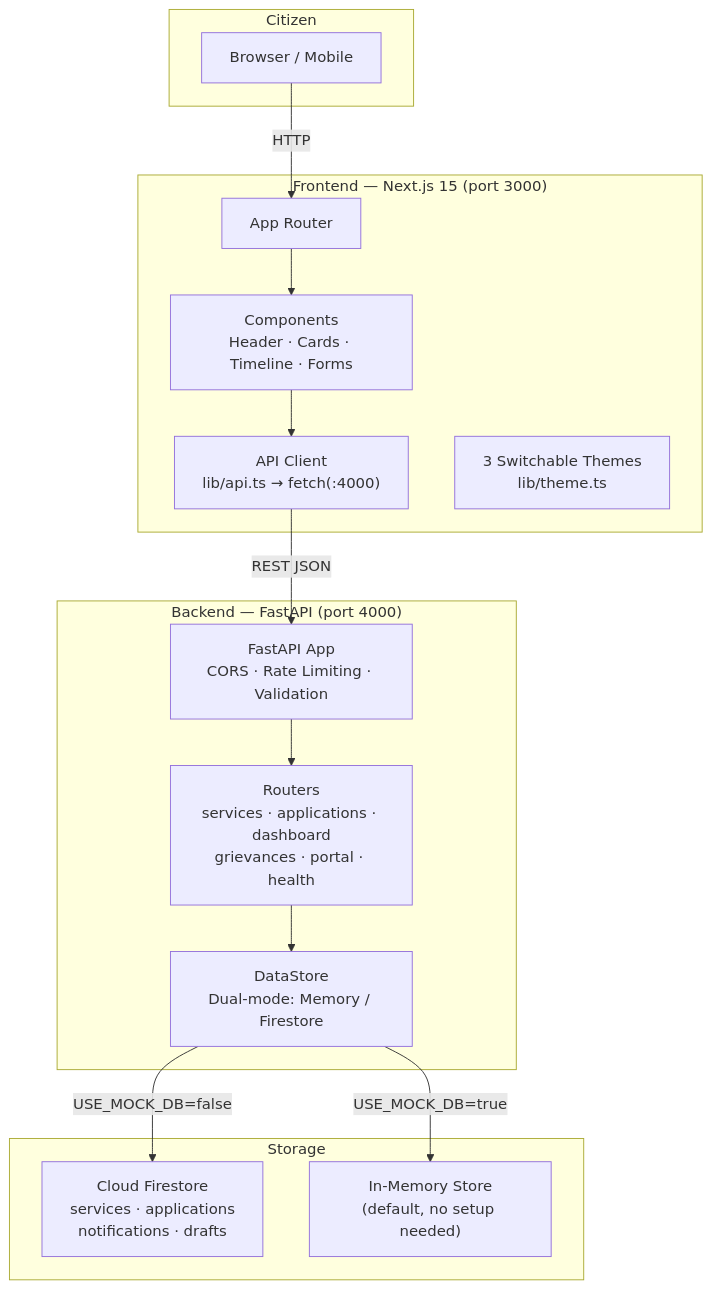
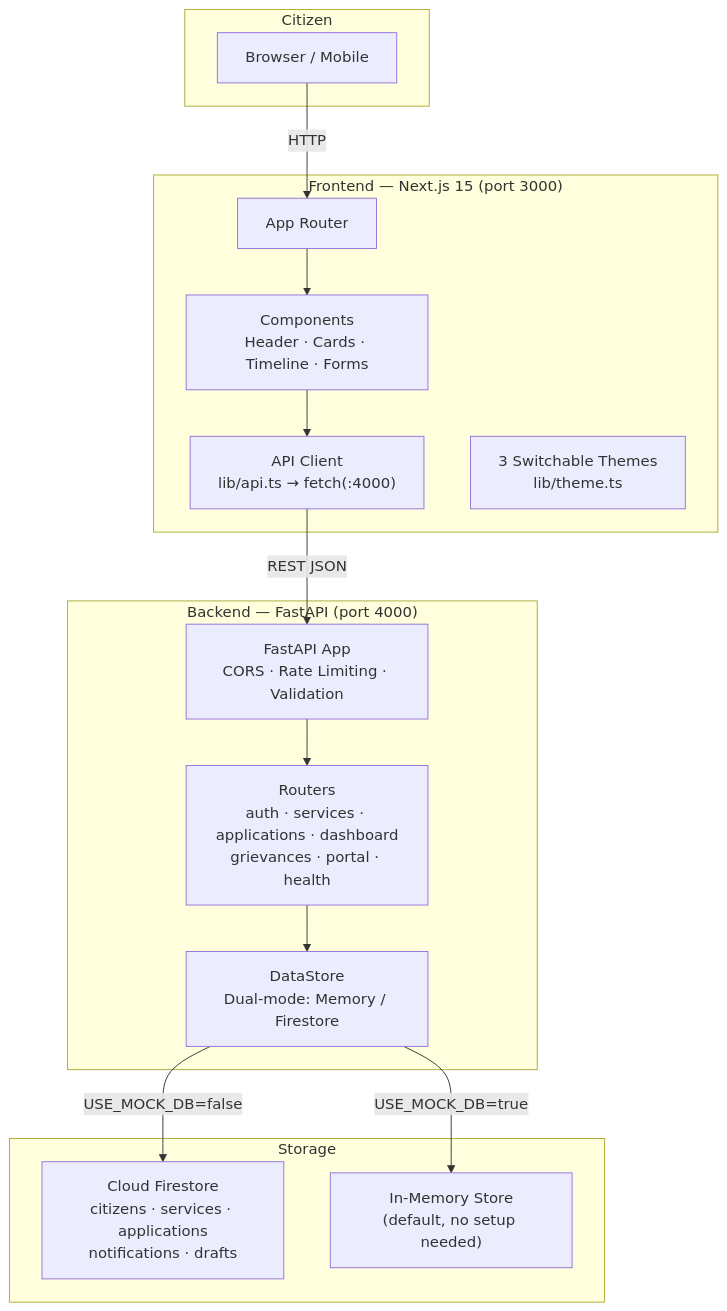
Before and after one commit to hschinmayabharadwaj/Vsrun-Mayya: the first of 2 diagrams in README.md, drawn with Mermaid. The commit also changed other lines of this file and 1 other file, not shown here.

Commit message:
documents fixes

````diff
--- a/README.md
+++ b/README.md
@@ -19,33 +19,33 @@
 ```mermaid
 graph TB
     subgraph Citizen["Citizen"]
         Browser["Browser / Mobile"]
     end
 
     subgraph Frontend["Frontend — Next.js 15 (port 3000)"]
         AppRouter["App Router"]
         Components["Components<br/>Header · Cards · Timeline · Forms"]
         APIClient["API Client<br/>lib/api.ts → fetch(:4000)"]
         Theme["3 Switchable Themes<br/>lib/theme.ts"]
     end
 
     subgraph Backend["Backend — FastAPI (port 4000)"]
         FastAPI["FastAPI App<br/>CORS · Rate Limiting · Validation"]
-        Routers["Routers<br/>services · applications · dashboard<br/>grievances · portal · health"]
+        Routers["Routers<br/>auth · services · applications · dashboard<br/>grievances · portal · health"]
         DataStore["DataStore<br/>Dual-mode: Memory / Firestore"]
     end
 
     subgraph Database["Storage"]
-        Firestore["Cloud Firestore<br/>services · applications<br/>notifications · drafts"]
+        Firestore["Cloud Firestore<br/>citizens · services · applications<br/>notifications · drafts"]
         Memory["In-Memory Store<br/>(default, no setup needed)"]
     end
 
     Browser -->|"HTTP"| AppRouter
     AppRouter --> Components
     Components --> APIClient
     APIClient -->|"REST JSON"| FastAPI
     FastAPI --> Routers
     Routers --> DataStore
     DataStore -->|"USE_MOCK_DB=false"| Firestore
     DataStore -->|"USE_MOCK_DB=true"| Memory
 ```
````
